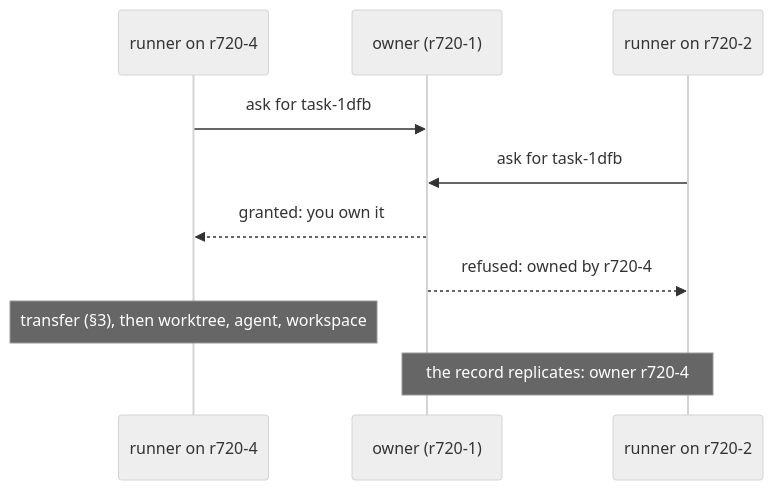
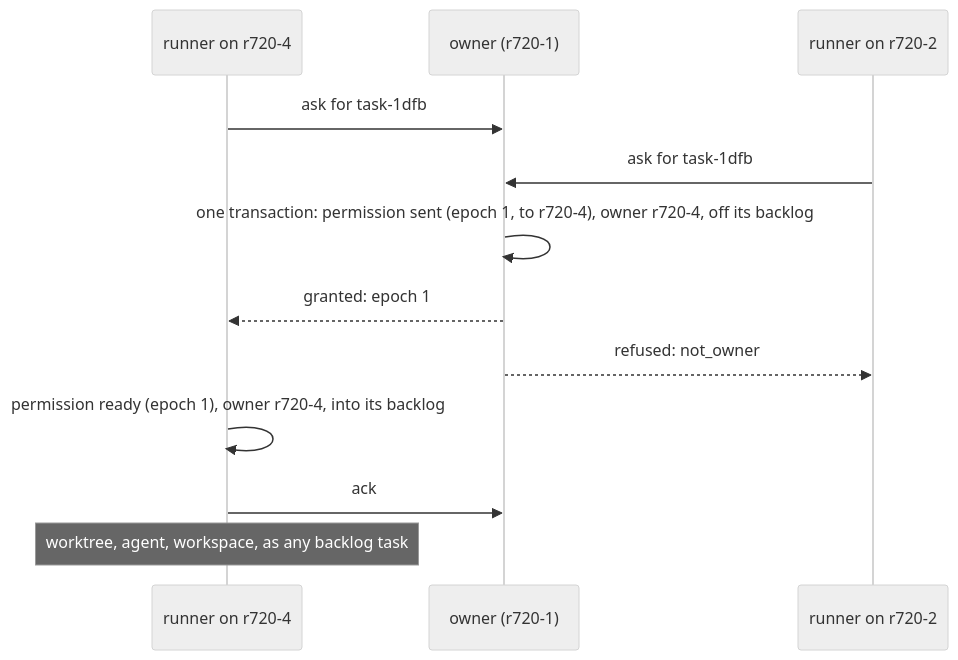
One commit to tampopogk/kanna changed the second of 3 diagrams in docs/specs/machine-tasks.md. Above: the diagram before and after it, drawn with Mermaid (neutral theme). The commit also changed other lines of this file and 5 other files, not shown here.

````diff
--- a/docs/specs/machine-tasks.md
+++ b/docs/specs/machine-tasks.md
@@ -27,12 +47,14 @@
 ```mermaid
 sequenceDiagram
     participant R4 as runner on r720-4
     participant O as owner (r720-1)
     participant X as runner on r720-2
     R4->>O: ask for task-1dfb
     X->>O: ask for task-1dfb
-    O-->>R4: granted: you own it
-    O-->>X: refused: owned by r720-4
-    Note over R4: transfer (§3), then worktree, agent, workspace
-    Note over O,X: the record replicates: owner r720-4
+    O->>O: one transaction: permission sent (epoch 1, to r720-4), owner r720-4, off its backlog
+    O-->>R4: granted: epoch 1
+    O-->>X: refused: not_owner
+    R4->>R4: permission ready (epoch 1), owner r720-4, into its backlog
+    R4->>O: ack
+    Note over R4: worktree, agent, workspace, as any backlog task
 ```
````
